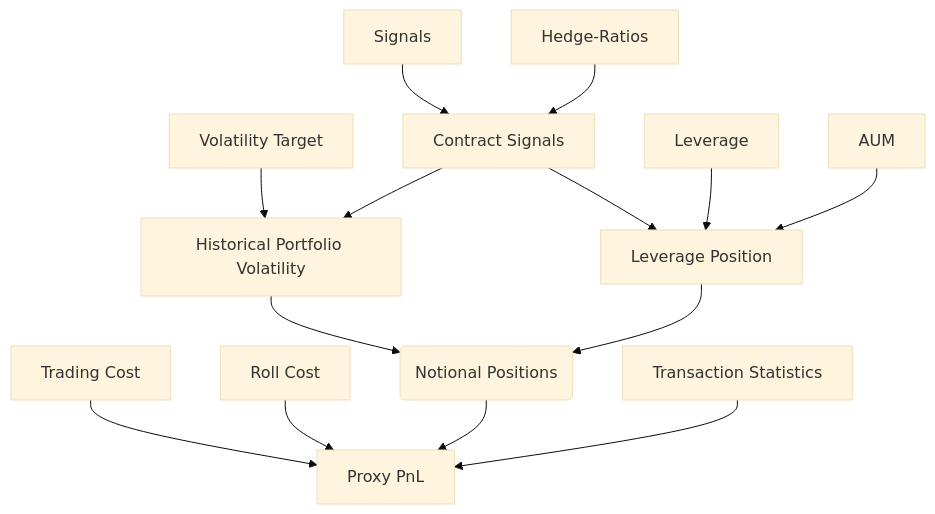
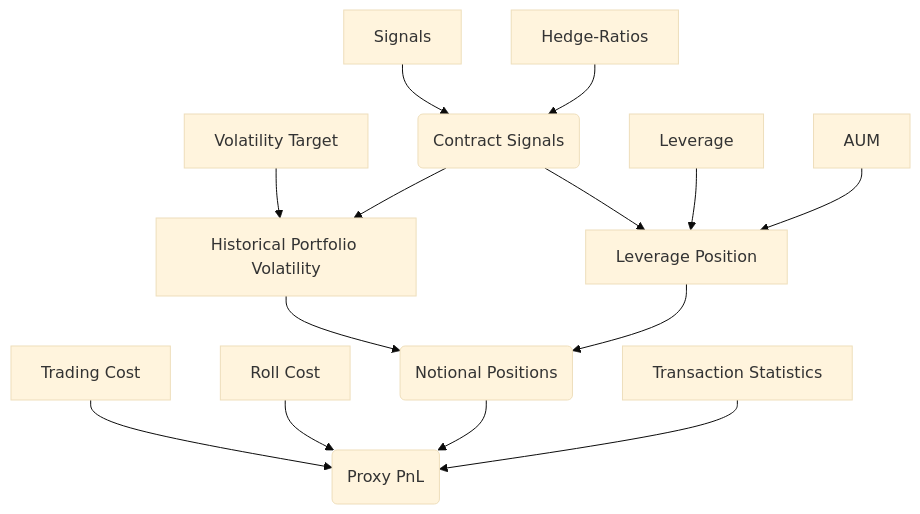
One commit to macrosynergy/macrosynergy changed the diagram in macrosynergy/pnl/README.md. Above: the diagram before and after it, drawn with Mermaid (base theme).

Commit message:
Update contract signals in ProxyPnL class

````diff
--- a/macrosynergy/pnl/README.md
+++ b/macrosynergy/pnl/README.md
@@ -37,35 +37,35 @@
 ```{mermaid}
   flowchart TD;
       Sig[Signals]
       HR[Hedge-Ratios]
-      CS[Contract Signals]
+      CS(Contract Signals)
       AUM[AUM]
       LVG[Leverage]
       LVGP[Leverage Position]
       VT[Volatility Target]
       NP(Notional Positions)
       HPV[Historical Portfolio Volatility]
       TC[Trading Cost]
       RC[Roll Cost]
       Distr[Transaction Statistics]
-      PP[Proxy PnL]
+      PP(Proxy PnL)
 
       Sig-->CS
       HR-->CS
 
       VT-->HPV
       CS-->HPV
       CS-->LVGP
       LVG-->LVGP
       AUM-->LVGP
 
 
       HPV-->NP
       LVGP-->NP
 
       TC-->PP
       RC-->PP
       NP-->PP
       Distr-->PP
 
 ```
````
